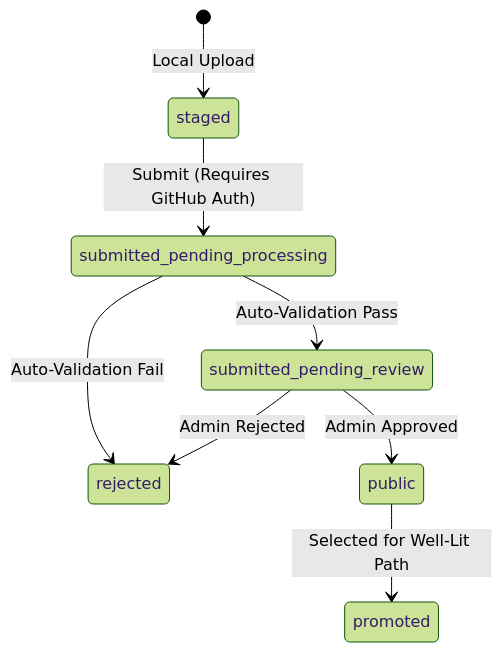
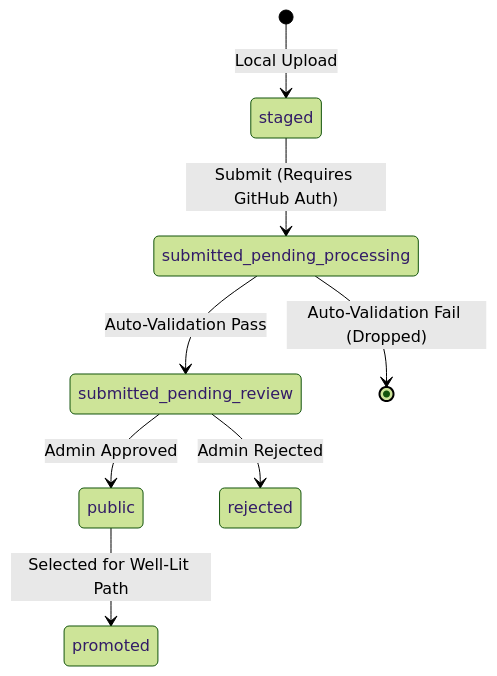
One commit to llm-d/llm-d-prism changed the diagram in specs/main/results-api/README.md. Above: the diagram before and after it, drawn with Mermaid (forest theme). The commit also changed other lines of this file and 8 other files, not shown here.

````diff
--- a/specs/main/results-api/README.md
+++ b/specs/main/results-api/README.md
@@ -178,10 +179,10 @@
 ```mermaid
 stateDiagram-v2
     [*] --> staged : Local Upload
     staged --> submitted_pending_processing : Submit (Requires GitHub Auth)
     submitted_pending_processing --> submitted_pending_review : Auto-Validation Pass
-    submitted_pending_processing --> rejected : Auto-Validation Fail
+    submitted_pending_processing --> [*] : Auto-Validation Fail (Dropped)
     submitted_pending_review --> public : Admin Approved
     submitted_pending_review --> rejected : Admin Rejected
     public --> promoted : Selected for Well-Lit Path
 ```
````
